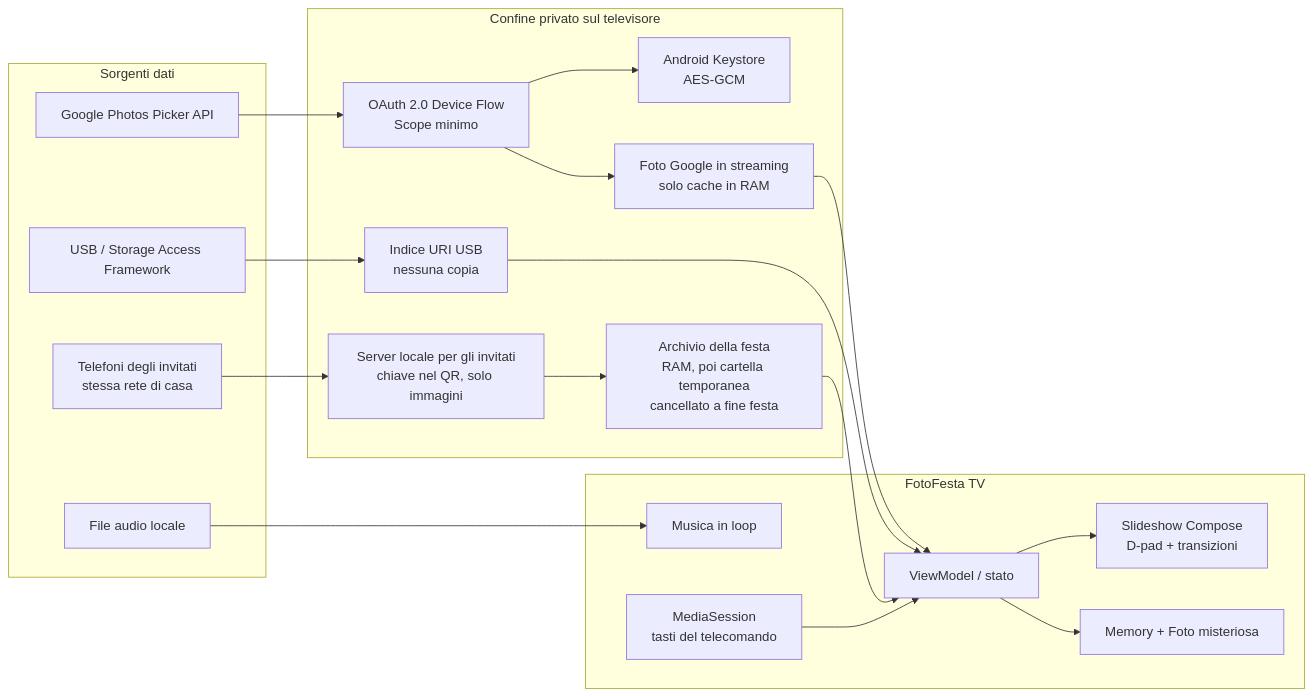
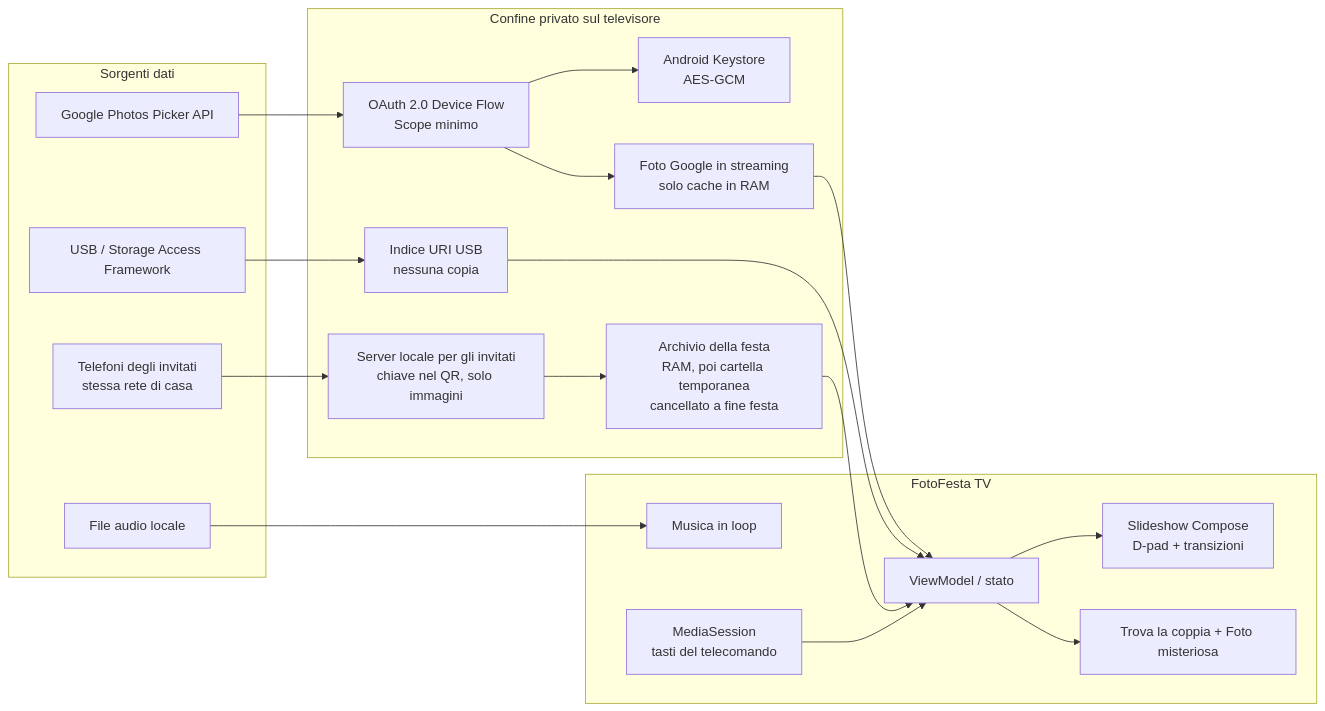
Before and after one commit to fz1101hub/fotofesta-tv: the diagram in docs/architecture.mmd, drawn with Mermaid. The commit also changed 28 other files, not shown here.

First line of the commit message:
Il gioco "Memory" diventa "Trova la coppia" [screenshots]

```diff
--- a/docs/architecture.mmd
+++ b/docs/architecture.mmd
@@ -1,33 +1,33 @@
 flowchart LR
     subgraph Sources["Sorgenti dati"]
         GP["Google Photos Picker API"]
         USB["USB / Storage Access Framework"]
         PHONES["Telefoni degli invitati<br/>stessa rete di casa"]
         MUSIC["File audio locale"]
     end
 
     subgraph Security["Confine privato sul televisore"]
         AUTH["OAuth 2.0 Device Flow<br/>Scope minimo"]
         KEY["Android Keystore<br/>AES-GCM"]
         STREAM["Foto Google in streaming<br/>solo cache in RAM"]
         INDEX["Indice URI USB<br/>nessuna copia"]
         SERVER["Server locale per gli invitati<br/>chiave nel QR, solo immagini"]
         STORE["Archivio della festa<br/>RAM, poi cartella temporanea<br/>cancellato a fine festa"]
     end
 
     subgraph App["FotoFesta TV"]
         VM["ViewModel / stato"]
         SHOW["Slideshow Compose<br/>D-pad + transizioni"]
         AUDIO["Musica in loop"]
-        GAMES["Memory + Foto misteriosa"]
+        GAMES["Trova la coppia + Foto misteriosa"]
         MEDIA["MediaSession<br/>tasti del telecomando"]
     end
 
     GP --> AUTH --> KEY
     AUTH --> STREAM --> VM
     USB --> INDEX --> VM
     PHONES --> SERVER --> STORE --> VM
     MUSIC --> AUDIO
     VM --> SHOW
     VM --> GAMES
     MEDIA --> VM
```
